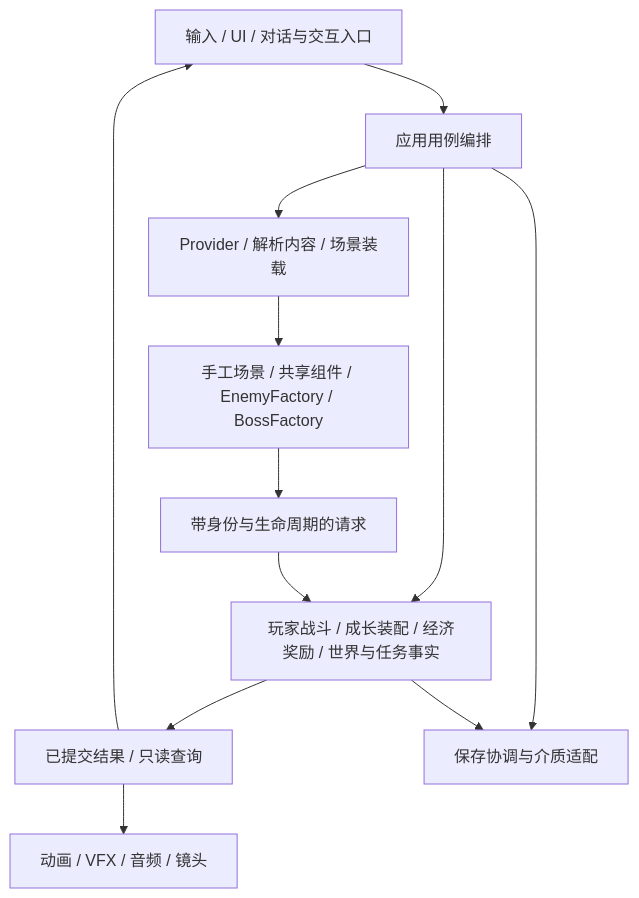
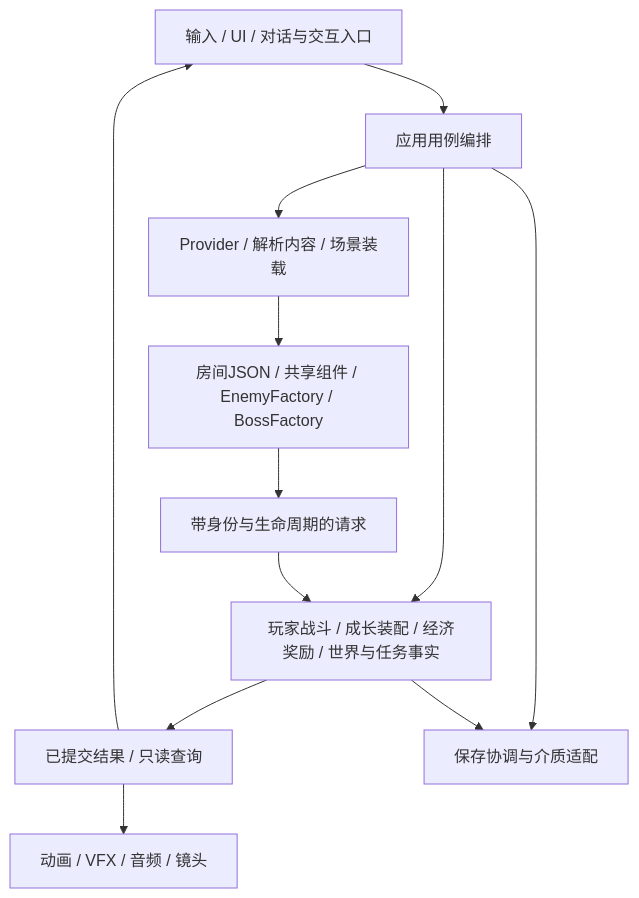
One commit to zhipijun1996/gunman-rush changed the diagram in docs/project/architecture.md. Above: the diagram before and after it, drawn with Mermaid. The commit also changed other lines of this file and 136 other files, not shown here.

````diff
--- a/docs/project/architecture.md
+++ b/docs/project/architecture.md
@@ -52,14 +52,14 @@
 ```mermaid
 flowchart TD
     UI[输入 / UI / 对话与交互入口] --> App[应用用例编排]
     App --> Rules[玩家战斗 / 成长装配 / 经济奖励 / 世界与任务事实]
     App --> Load[Provider / 解析内容 / 场景装载]
-    Load --> Objects[手工场景 / 共享组件 / EnemyFactory / BossFactory]
+    Load --> Objects[房间JSON / 共享组件 / EnemyFactory / BossFactory]
     Objects --> Requests[带身份与生命周期的请求]
     Requests --> Rules
     Rules --> Views[已提交结果 / 只读查询]
     Views --> UI
     Views --> Presentation[动画 / VFX / 音频 / 镜头]
     App --> Save[保存协调与介质适配]
     Rules --> Save
 ```
````
